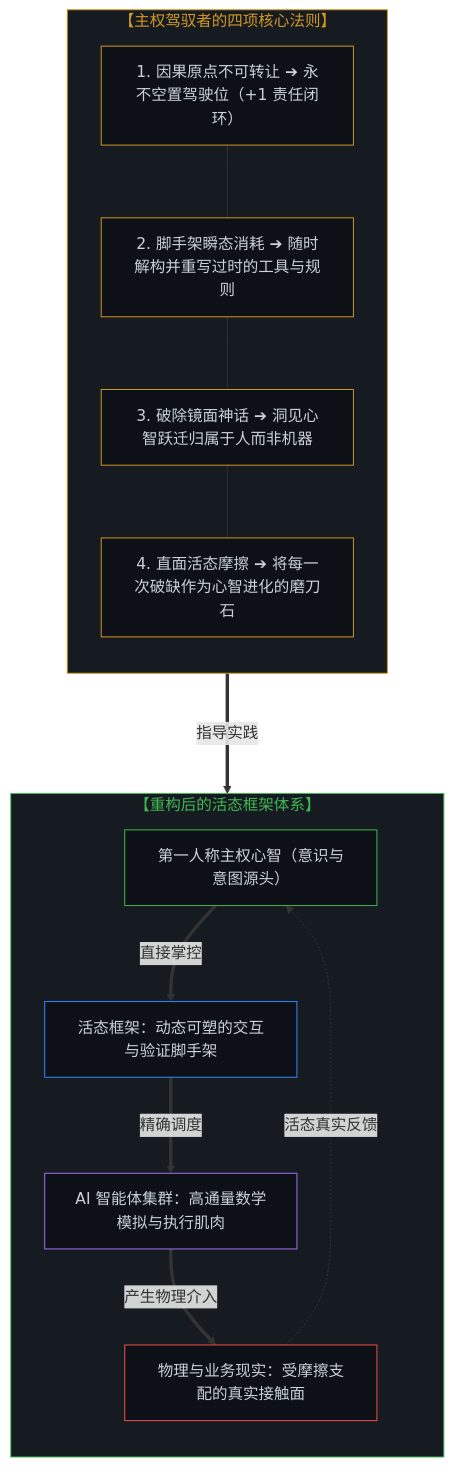
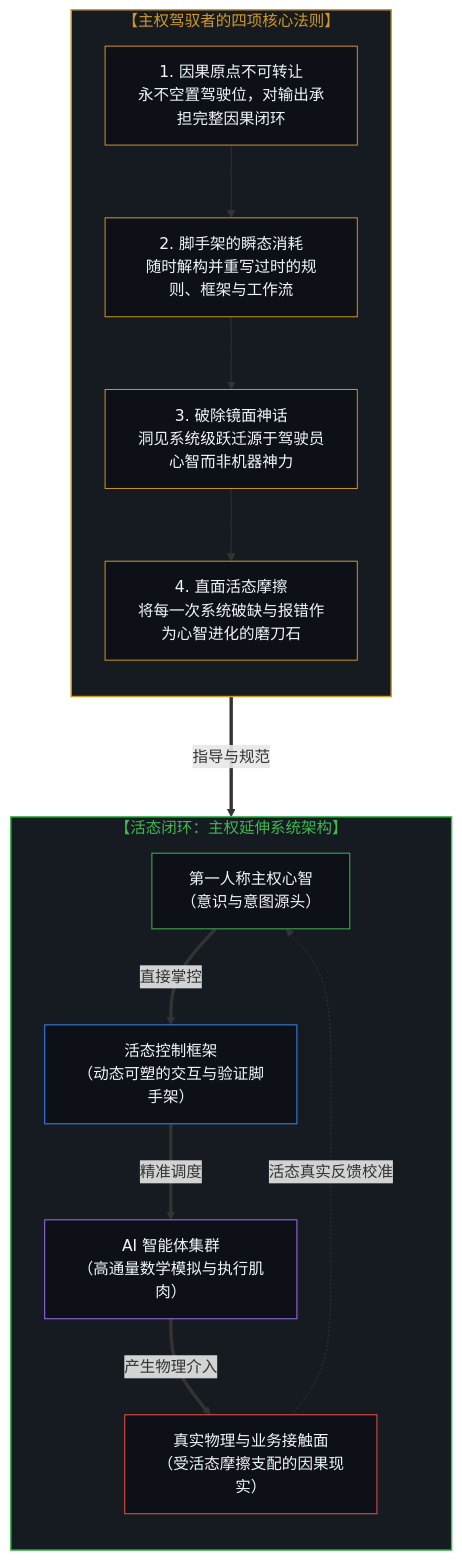
The fifth of 5 diagrams in content/posts/the-inversion-of-the-harness-and-the-driver-seat-asymmetry.md (powerpig99/not-a-toe), drawn with Mermaid before and after one commit. The commit also changed other lines of this file and 3 other files, not shown here.

Commit message:
Optimize Mermaid diagram layouts for readability across Post #322

````diff
--- a/content/posts/the-inversion-of-the-harness-and-the-driver-seat-asymmetry.md
+++ b/content/posts/the-inversion-of-the-harness-and-the-driver-seat-asymmetry.md
@@ -309,36 +283,36 @@
 ```mermaid
 graph TD
     subgraph S_Principles["【主权驾驭者的四项核心法则】"]
         direction TB
-        P1["1. 因果原点不可转让 ➔ 永不空置驾驶位（+1 责任闭环）"]
-        P2["2. 脚手架瞬态消耗 ➔ 随时解构并重写过时的工具与规则"]
-        P3["3. 破除镜面神话 ➔ 洞见心智跃迁归属于人而非机器"]
-        P4["4. 直面活态摩擦 ➔ 将每一次破缺作为心智进化的磨刀石"]
-        P1 --- P2 --- P3 --- P4
+        P1["1. 因果原点不可转让<br/>永不空置驾驶位，对输出承担完整因果闭环"]
+        P2["2. 脚手架的瞬态消耗<br/>随时解构并重写过时的规则、框架与工作流"]
+        P3["3. 破除镜面神话<br/>洞见系统级跃迁源于驾驶员心智而非机器神力"]
+        P4["4. 直面活态摩擦<br/>将每一次系统破缺与报错作为心智进化的磨刀石"]
+        P1 --> P2 --> P3 --> P4
     end
 
-    subgraph S_LivingHarness["【重构后的活态框架体系】"]
+    subgraph S_LivingLoop["【活态闭环：主权延伸系统架构】"]
         direction TB
-        H1["第一人称主权心智（意识与意图源头）"]
-        H2["活态框架：动态可塑的交互与验证脚手架"]
-        H3["AI 智能体集群：高通量数学模拟与执行肌肉"]
-        H4["物理与业务现实：受摩擦支配的真实接触面"]
-        H1 ==>|"直接掌控"| H2
-        H2 ==>|"精确调度"| H3
-        H3 ==>|"产生物理介入"| H4
-        H4 -.->|"活态真实反馈"| H1
+        L1["第一人称主权心智<br/>（意识与意图源头）"]
+        L2["活态控制框架<br/>（动态可塑的交互与验证脚手架）"]
+        L3["AI 智能体集群<br/>（高通量数学模拟与执行肌肉）"]
+        L4["真实物理与业务接触面<br/>（受活态摩擦支配的因果现实）"]
+        L1 ==>|"直接掌控"| L2
+        L2 ==>|"精准调度"| L3
+        L3 ==>|"产生物理介入"| L4
+        L4 -.->|"活态真实反馈校准"| L1
     end
 
-    S_Principles ===>|"指导实践"| S_LivingHarness
+    S_Principles ===>|"指导与规范"| S_LivingLoop
 
-    style S_Principles fill:#161b22,stroke:#d29922,stroke-width:1px,color:#d29922
-    style S_LivingHarness fill:#161b22,stroke:#3fb950,stroke-width:1px,color:#3fb950
-    style P1 fill:#0d1117,stroke:#d29922,stroke-width:1px,color:#c9d1d9
-    style P2 fill:#0d1117,stroke:#d29922,stroke-width:1px,color:#c9d1d9
-    style P3 fill:#0d1117,stroke:#d29922,stroke-width:1px,color:#c9d1d9
-    style P4 fill:#0d1117,stroke:#d29922,stroke-width:1px,color:#c9d1d9
-    style H1 fill:#0d1117,stroke:#3fb950,stroke-width:1px,color:#c9d1d9
-    style H2 fill:#0d1117,stroke:#388bfd,stroke-width:1px,color:#c9d1d9
-    style H3 fill:#0d1117,stroke:#a371f7,stroke-width:1px,color:#c9d1d9
-    style H4 fill:#0d1117,stroke:#f85149,stroke-width:1px,color:#c9d1d9
+    style S_Principles fill:#161b22,stroke:#d29922,stroke-width:1.5px,color:#d29922
+    style S_LivingLoop fill:#161b22,stroke:#3fb950,stroke-width:1.5px,color:#3fb950
+    style P1 fill:#0d1117,stroke:#d29922,stroke-width:1px,color:#f0f6fc
+    style P2 fill:#0d1117,stroke:#d29922,stroke-width:1px,color:#f0f6fc
+    style P3 fill:#0d1117,stroke:#d29922,stroke-width:1px,color:#f0f6fc
+    style P4 fill:#0d1117,stroke:#d29922,stroke-width:1px,color:#f0f6fc
+    style L1 fill:#0d1117,stroke:#3fb950,stroke-width:1px,color:#f0f6fc
+    style L2 fill:#0d1117,stroke:#388bfd,stroke-width:1px,color:#f0f6fc
+    style L3 fill:#0d1117,stroke:#a371f7,stroke-width:1px,color:#f0f6fc
+    style L4 fill:#0d1117,stroke:#f85149,stroke-width:1px,color:#f0f6fc
 ```
````
